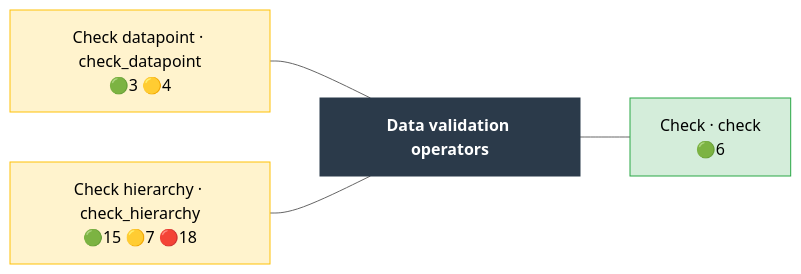
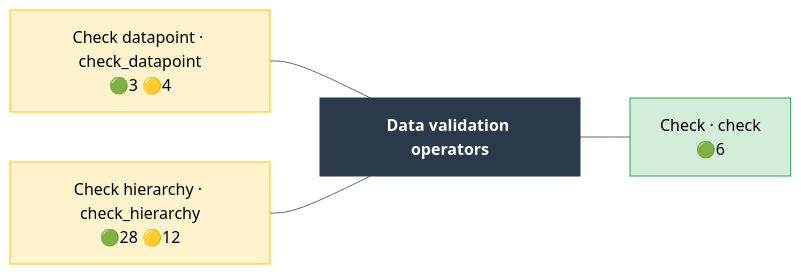
The diagram in docs/operator_map/validation/index.rst (Meaningful-Data/vtlengine), drawn with Mermaid (neutral theme) before and after one commit. The commit also changed other lines of this file and 161 other files, not shown here.

```diff
--- a/docs/operator_map/validation/index.rst
+++ b/docs/operator_map/validation/index.rst
@@ -17,21 +17,21 @@
 .. mermaid::
    :config: {"flowchart": {"useMaxWidth": false}}
 
    flowchart LR
        classDef ok fill:#d4edda,stroke:#28a745,color:#000
        classDef partial fill:#fff3cd,stroke:#ffc107,color:#000
        classDef refused fill:#d4edda,stroke:#28a745,stroke-width:3px,stroke-dasharray: 2 2,color:#000
        classDef missing fill:#f8d7da,stroke:#dc3545,color:#000
        classDef diverge fill:#cce5ff,stroke:#007bff,color:#000
        classDef block fill:#2b3a4a,stroke:#2b3a4a,color:#fff,font-weight:bold
        classDef ext fill:#fff,stroke:#666,color:#000,stroke-dasharray: 5 5
        B["Data validation operators"]:::block
        validation__check_datapoint["Check datapoint · check_datapoint<br/>🟢3 🟡4"]:::partial
-       validation__check_hierarchy["Check hierarchy · check_hierarchy<br/>🟢15 🟡7 🔴18"]:::partial
+       validation__check_hierarchy["Check hierarchy · check_hierarchy<br/>🟢28 🟡12"]:::partial
        validation__check["Check · check<br/>🟢6"]:::ok
        validation__check_datapoint --- B
        validation__check_hierarchy --- B
        B --- validation__check
        click validation__check_datapoint href "check_datapoint.html"
        click validation__check_hierarchy href "check_hierarchy.html"
        click validation__check href "check.html"
```
